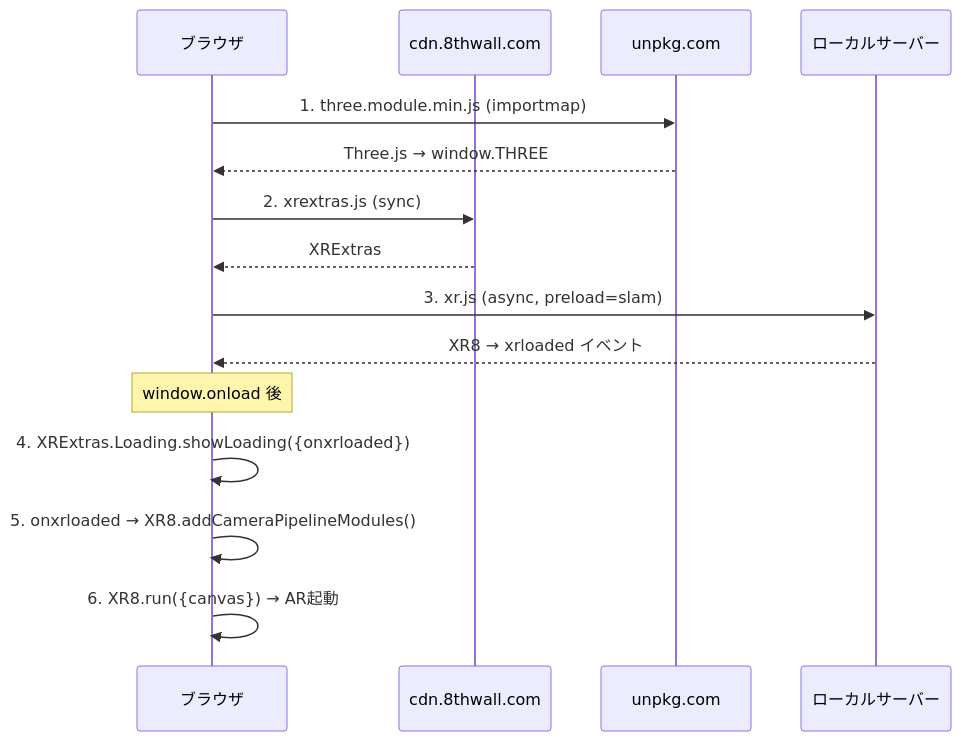
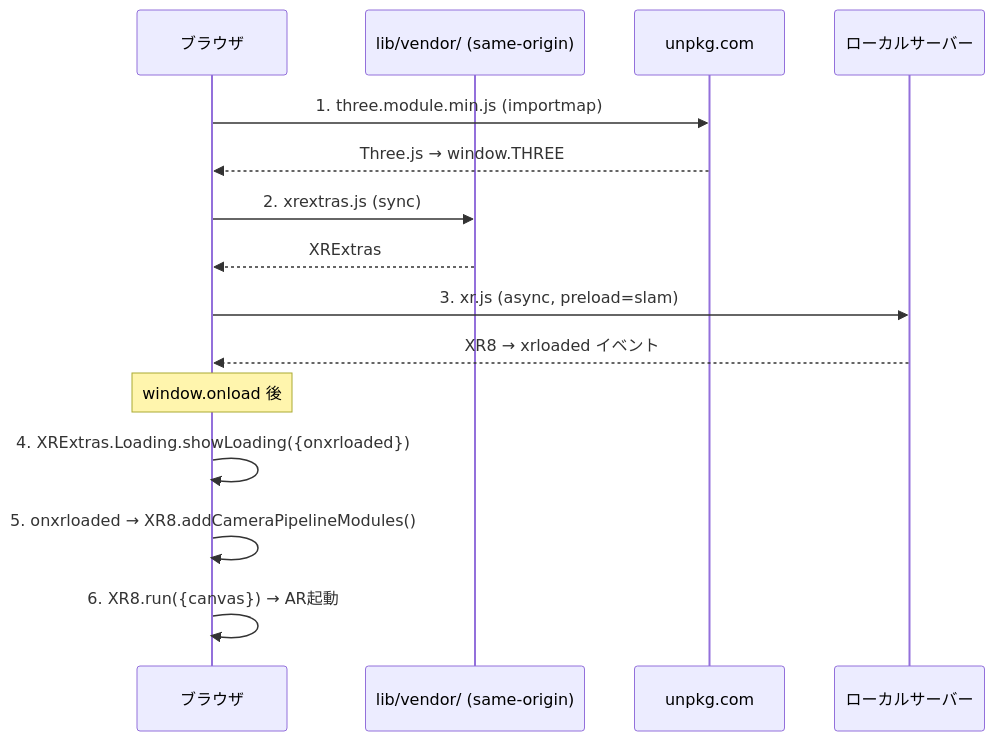
One commit to nao-matsunami/xr-ar-lab changed the fifth of 6 diagrams in docs/architecture.md. Above: the diagram before and after it, drawn with Mermaid. The commit also changed other lines of this file and 106 other files, not shown here.

First line of the commit message:
Vendor xrextras/8frame/landing-page locally, drop cdn.8thwall.com script tags

````diff
--- a/docs/architecture.md
+++ b/docs/architecture.md
@@ -139,21 +139,21 @@
 ```mermaid
 sequenceDiagram
     participant B as ブラウザ
-    participant CDN as cdn.8thwall.com
+    participant CDN as lib/vendor/ (same-origin)
     participant NPM as unpkg.com
     participant L as ローカルサーバー
 
     B->>NPM: 1. three.module.min.js (importmap)
     NPM-->>B: Three.js → window.THREE
 
     B->>CDN: 2. xrextras.js (sync)
     CDN-->>B: XRExtras
 
     B->>L: 3. xr.js (async, preload=slam)
     L-->>B: XR8 → xrloaded イベント
 
     Note over B: window.onload 後
     B->>B: 4. XRExtras.Loading.showLoading({onxrloaded})
     B->>B: 5. onxrloaded → XR8.addCameraPipelineModules()
     B->>B: 6. XR8.run({canvas}) → AR起動
 ```
````
